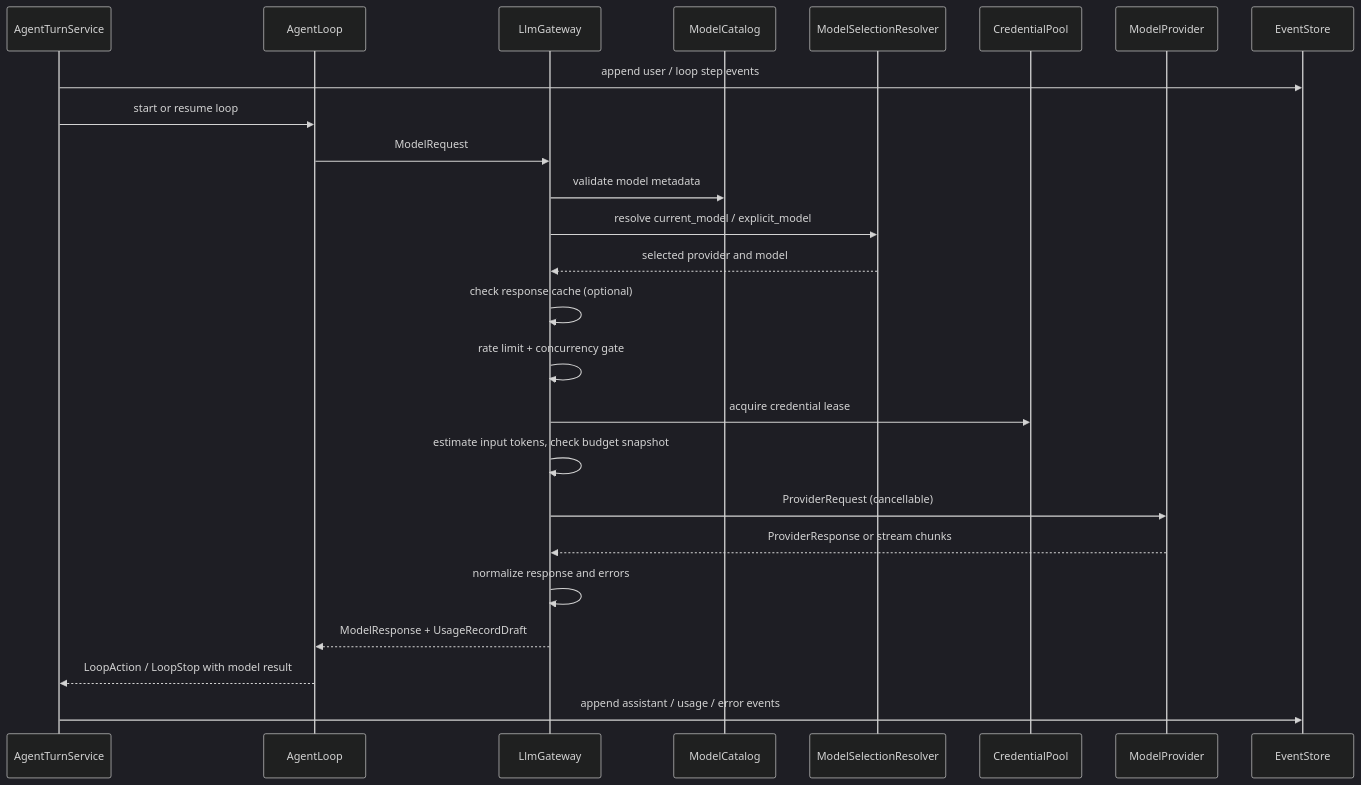
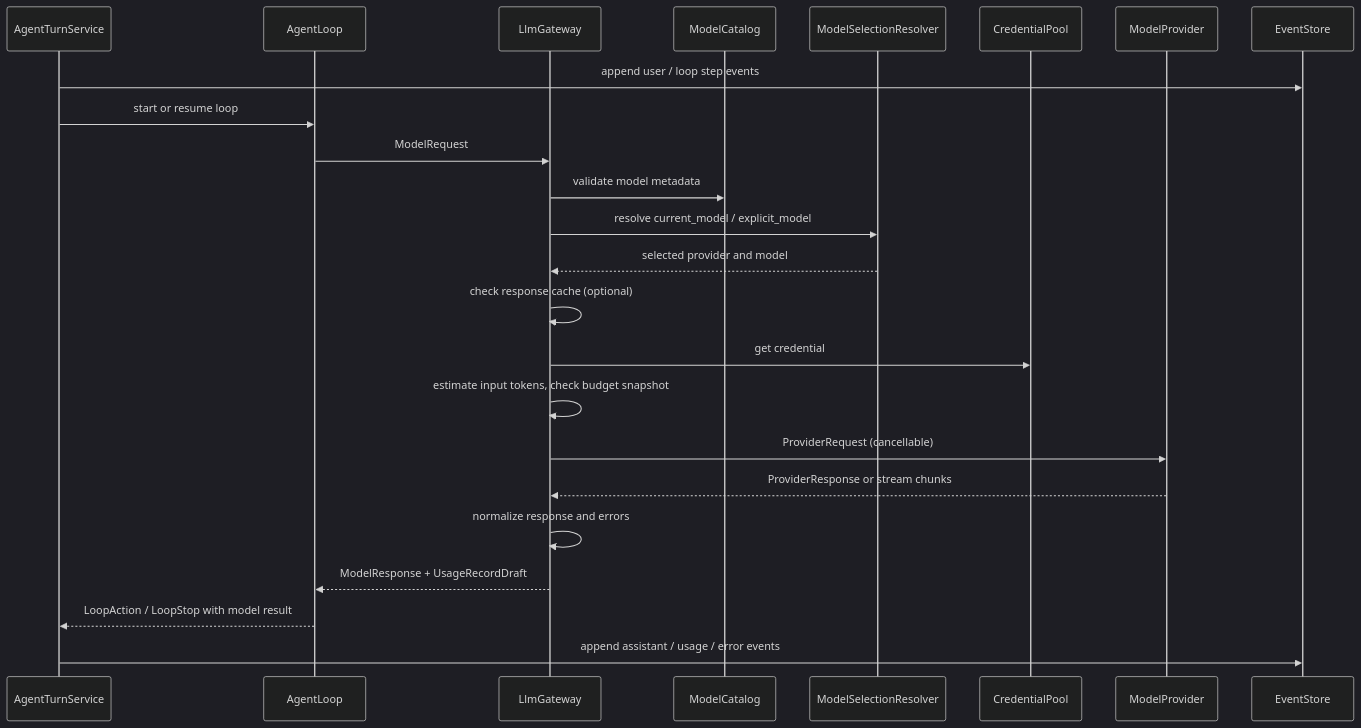
The diagram in docs/adr/2026-07-01-0011-采用统一LLM调用网关支持多供应商.md (qubaolai/ForgeCLI), drawn with Mermaid (dark theme) before and after one commit. The commit also changed other lines of this file and 1 other file, not shown here.

````diff
--- a/docs/adr/2026-07-01-0011-采用统一LLM调用网关支持多供应商.md
+++ b/docs/adr/2026-07-01-0011-采用统一LLM调用网关支持多供应商.md
@@ -505,28 +503,27 @@
 ```mermaid
 sequenceDiagram
     participant ATS as AgentTurnService
     participant AL as AgentLoop
     participant GW as LlmGateway
     participant CAT as ModelCatalog
     participant SEL as ModelSelectionResolver
     participant CRED as CredentialPool
     participant P as ModelProvider
     participant STORE as EventStore
 
     ATS->>STORE: append user / loop step events
     ATS->>AL: start or resume loop
     AL->>GW: ModelRequest
     GW->>CAT: validate model metadata
     GW->>SEL: resolve current_model / explicit_model
     SEL-->>GW: selected provider and model
     GW->>GW: check response cache (optional)
-    GW->>GW: rate limit + concurrency gate
-    GW->>CRED: acquire credential lease
+    GW->>CRED: get credential
     GW->>GW: estimate input tokens, check budget snapshot
     GW->>P: ProviderRequest (cancellable)
     P-->>GW: ProviderResponse or stream chunks
     GW->>GW: normalize response and errors
     GW-->>AL: ModelResponse + UsageRecordDraft
     AL-->>ATS: LoopAction / LoopStop with model result
     ATS->>STORE: append assistant / usage / error events
 ```
````
